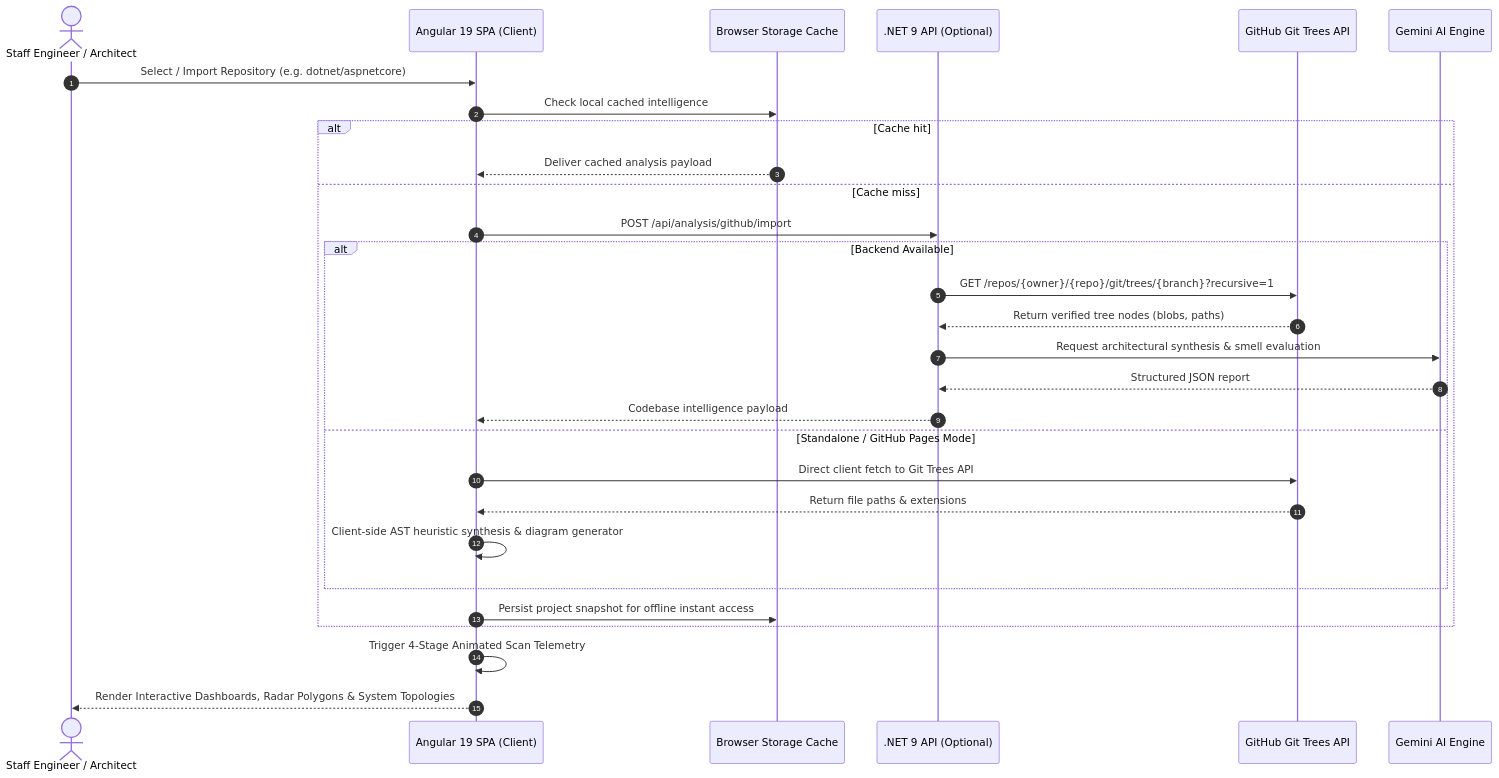
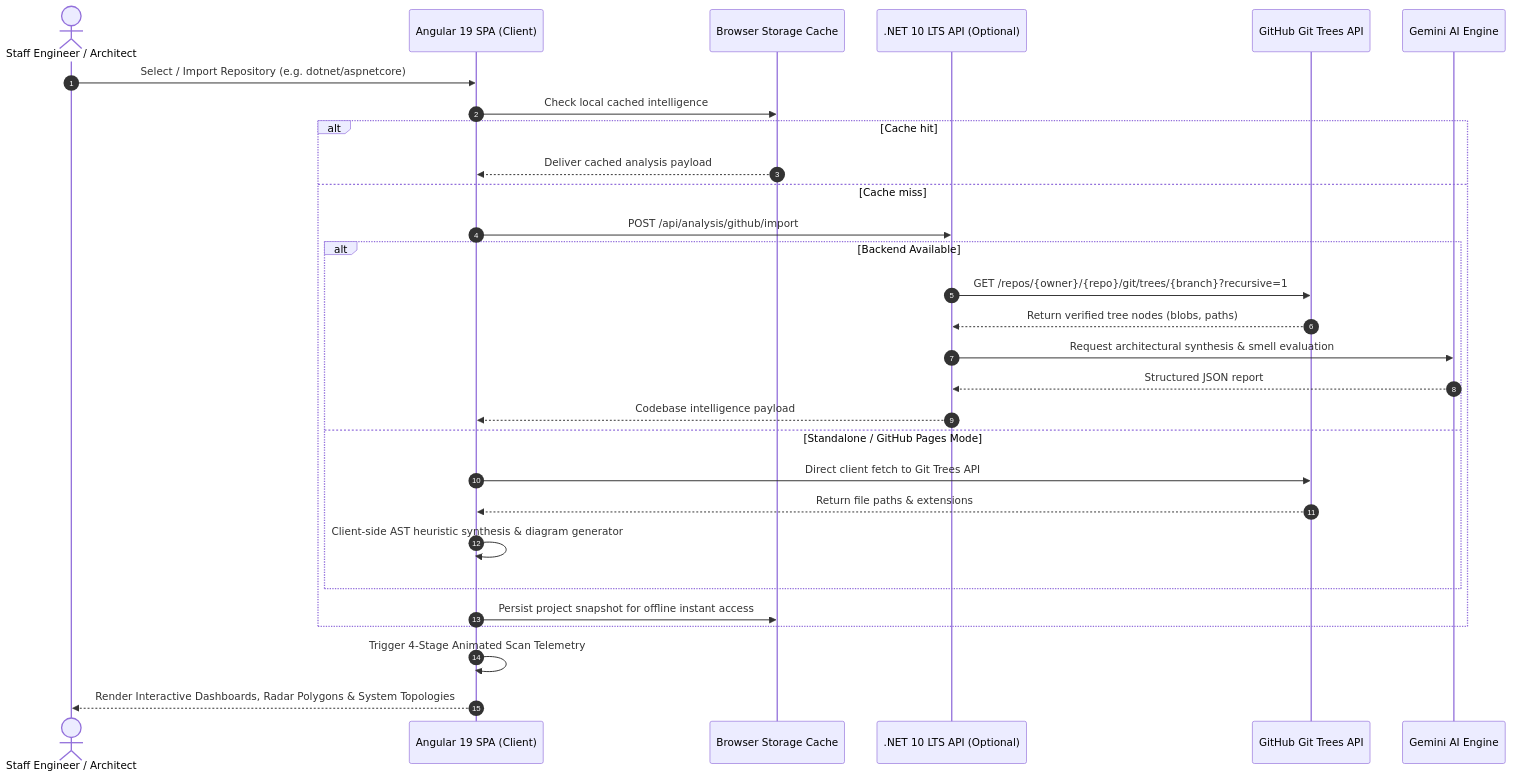
The second of 3 diagrams in README.md (ZillerDX/ai-codebase-intelligence), drawn with Mermaid before and after one commit. The commit also changed other lines of this file and 5 other files, not shown here.

Commit message:
feat(backend): migrate to .NET 10 LTS and C# 14 with automated CI

````diff
--- a/README.md
+++ b/README.md
@@ -123,32 +123,32 @@
 ```mermaid
 sequenceDiagram
   autonumber
   actor Architect as Staff Engineer / Architect
   participant WebApp as Angular 19 SPA (Client)
   participant LocalStore as Browser Storage Cache
-  participant BackendAPI as .NET 9 API (Optional)
+  participant BackendAPI as .NET 10 LTS API (Optional)
   participant GitHub as GitHub Git Trees API
   participant Gemini as Gemini AI Engine
 
   Architect->>WebApp: Select / Import Repository (e.g. dotnet/aspnetcore)
   WebApp->>LocalStore: Check local cached intelligence
   alt Cache hit
     LocalStore-->>WebApp: Deliver cached analysis payload
   else Cache miss
     WebApp->>BackendAPI: POST /api/analysis/github/import
     alt Backend Available
       BackendAPI->>GitHub: GET /repos/{owner}/{repo}/git/trees/{branch}?recursive=1
       GitHub-->>BackendAPI: Return verified tree nodes (blobs, paths)
       BackendAPI->>Gemini: Request architectural synthesis & smell evaluation
       Gemini-->>BackendAPI: Structured JSON report
       BackendAPI-->>WebApp: Codebase intelligence payload
     else Standalone / GitHub Pages Mode
       WebApp->>GitHub: Direct client fetch to Git Trees API
       GitHub-->>WebApp: Return file paths & extensions
       WebApp->>WebApp: Client-side AST heuristic synthesis & diagram generator
     end
     WebApp->>LocalStore: Persist project snapshot for offline instant access
   end
   WebApp->>WebApp: Trigger 4-Stage Animated Scan Telemetry
   WebApp-->>Architect: Render Interactive Dashboards, Radar Polygons & System Topologies
 ```
````
